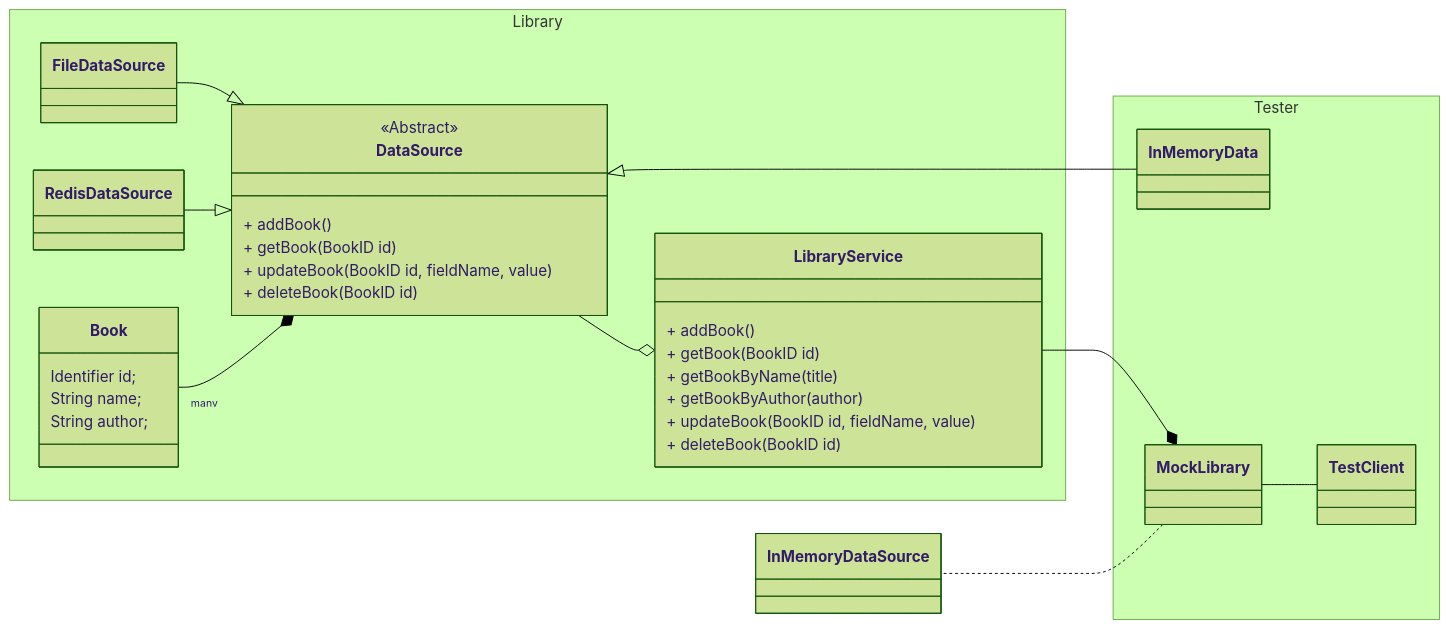
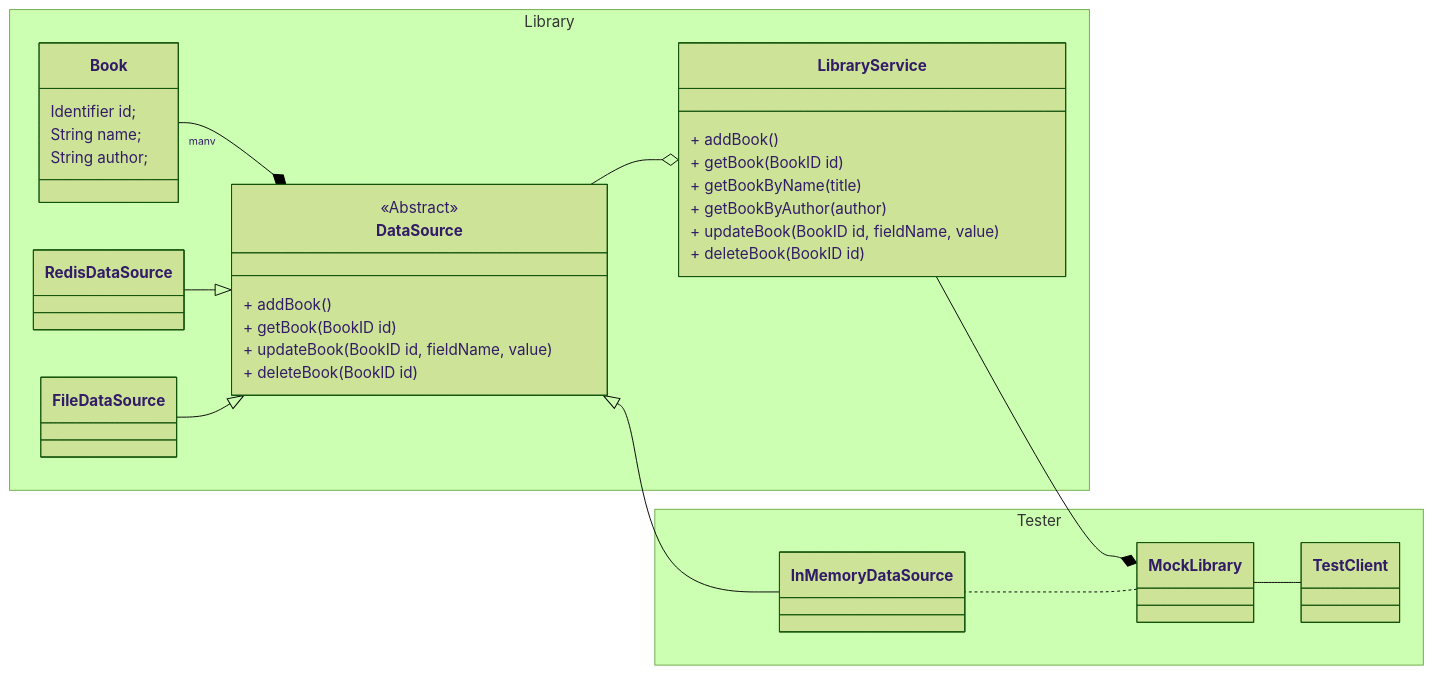
Before and after one commit to pavithra-ashok/digicert_library: the diagram in README.md, drawn with Mermaid (forest theme).

Commit message:
Corrected Readme

````diff
--- a/README.md
+++ b/README.md
@@ -38,57 +38,57 @@
 ```mermaid
 classDiagram
 
 direction RL
 namespace Library {
      class Book {
         Identifier id;
         String name;
         String author;
 
     }
      class DataSource {
         <<Abstract>>
       + addBook()
       + getBook(BookID id)
       + updateBook(BookID id, fieldName, value)
       + deleteBook(BookID id)
     }
     
     class RedisDataSource {
 
     }
     class FileDataSource {
 
     }
     class LibraryService {
       + addBook()
       + getBook(BookID id)
       + getBookByName(title)
       + getBookByAuthor(author)
       + updateBook(BookID id, fieldName, value)
       + deleteBook(BookID id)
     }
    
 }
 DataSource <|-- FileDataSource
 DataSource <|-- RedisDataSource
 LibraryService  o-- DataSource
 DataSource *-- "many" Book
 
 namespace Tester {
- class InMemoryData {
+ class InMemoryDataSource {
 
     }
     class MockLibrary {
 
     }
     class TestClient {
 
     }
 }
-InMemoryData --|> DataSource
+InMemoryDataSource --|> DataSource
 MockLibrary *-- LibraryService
 MockLibrary .. InMemoryDataSource
 TestClient -- MockLibrary
 
 ```
````
